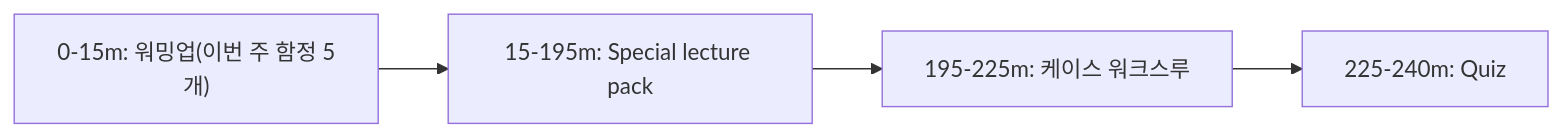
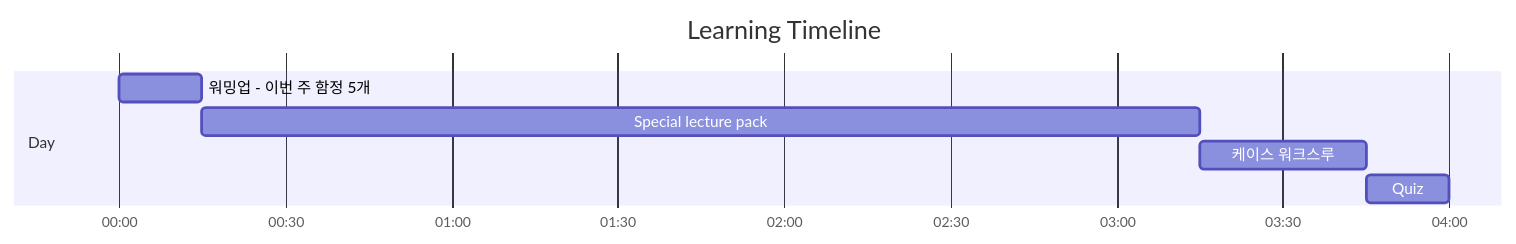
One commit to niceguy61/aws-saa-lecture-2026 changed the first of 2 diagrams in aws-saa/week01/day05/README.md. Above: the diagram before and after it, drawn with Mermaid. The commit also changed 21 other files, not shown here.

Commit message:
docs(aws-saa): use mermaid gantt for learning timelines

````diff
--- a/aws-saa/week01/day05/README.md
+++ b/aws-saa/week01/day05/README.md
@@ -22,6 +22,11 @@
 ```mermaid
-flowchart LR
-  A["0-15m: 워밍업(이번 주 함정 5개)"] --> B["15-195m: Special lecture pack"]
-  B --> C["195-225m: 케이스 워크스루"]
-  C --> D["225-240m: Quiz"]
+gantt
+  title Learning Timeline
+  dateFormat  HH:mm
+  axisFormat  %H:%M
+  section Day
+  워밍업 - 이번 주 함정 5개 :t1, 00:00, 15m
+  Special lecture pack :t2, after t1, 180m
+  케이스 워크스루 :t3, after t2, 30m
+  Quiz :t4, after t3, 15m
 ```
````
